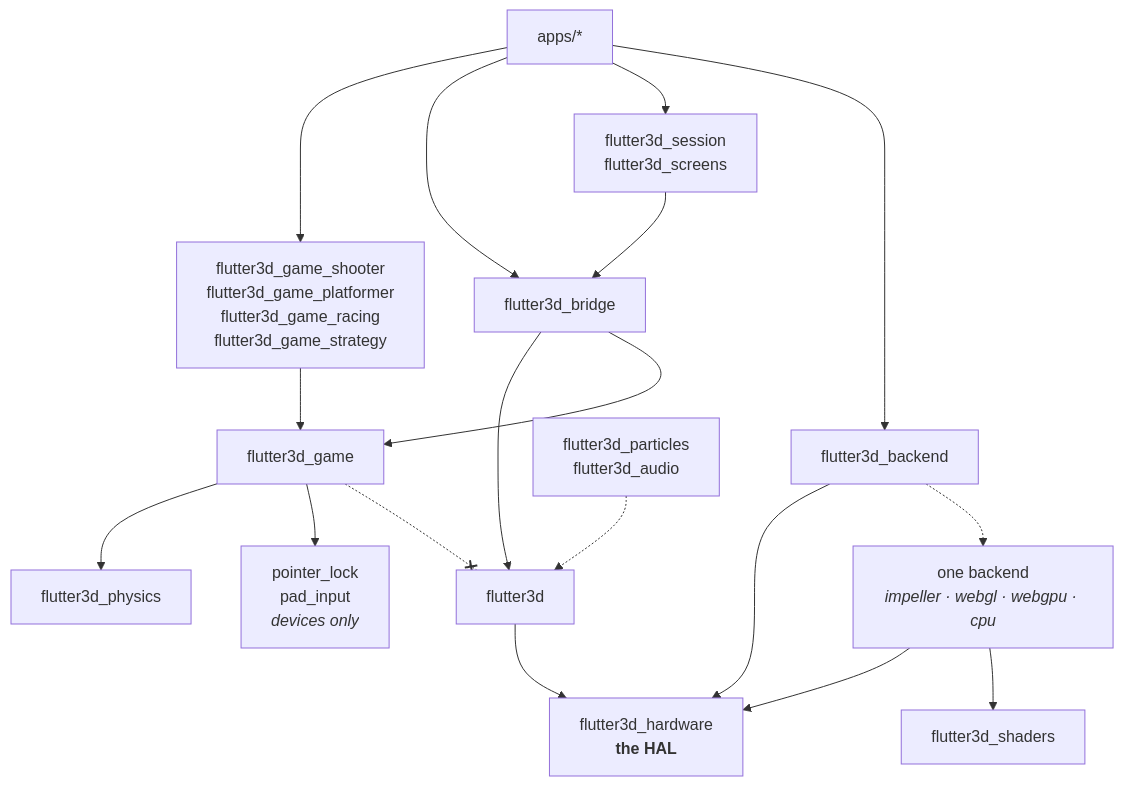
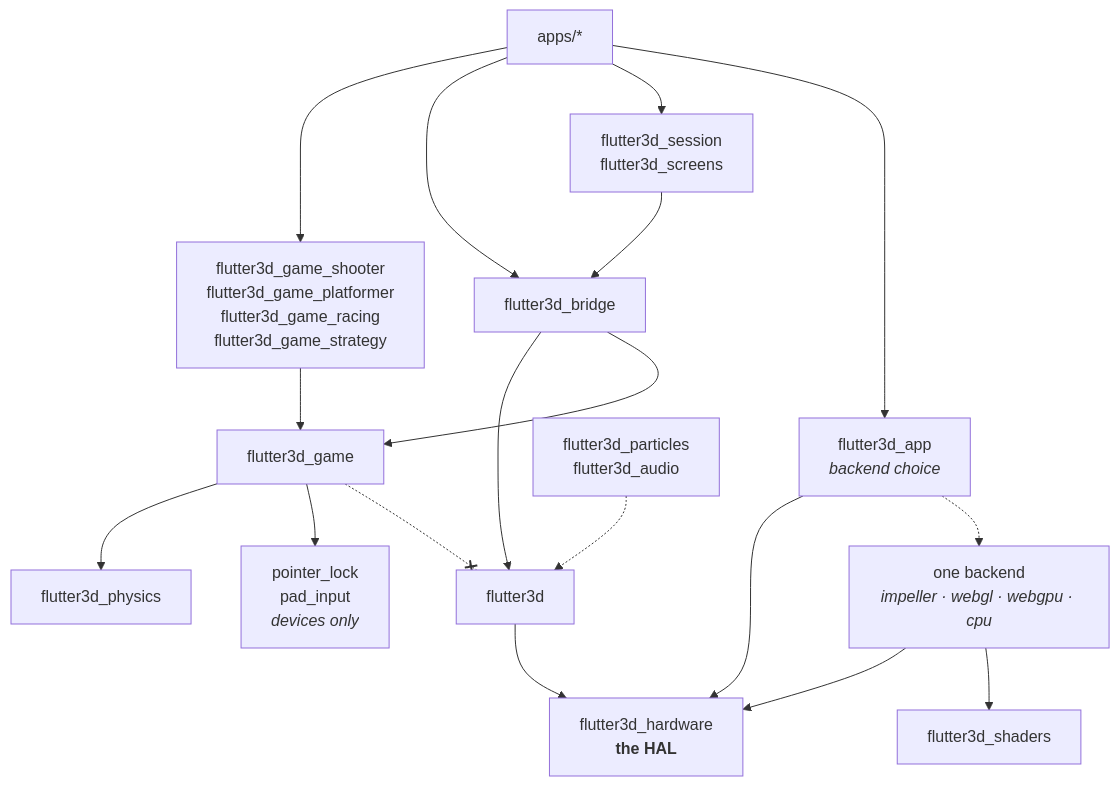
The diagram in site/content/reference/packages.md (pleiondev/flutter3d), drawn with Mermaid before and after one commit. The commit also changed other lines of this file and 45 other files, not shown here.

````diff
--- a/site/content/reference/packages.md
+++ b/site/content/reference/packages.md
@@ -297,22 +298,22 @@
 ```mermaid
 flowchart TB
   apps["apps/*"] --> genres["flutter3d_game_shooter<br>flutter3d_game_platformer<br>flutter3d_game_racing<br>flutter3d_game_strategy"]
   apps --> bridge["flutter3d_bridge"]
   apps --> session["flutter3d_session<br>flutter3d_screens"]
-  apps --> picker["flutter3d_backend"]
+  apps --> picker["flutter3d_app<br><i>backend choice</i>"]
   picker --> gfx["flutter3d_hardware<br><b>the HAL</b>"]
   picker -.-> onebackend["one backend<br><i>impeller · webgl · webgpu · cpu</i>"]
   session --> bridge
   genres --> game["flutter3d_game"]
   bridge --> engine["flutter3d"]
   bridge --> game
   game --> physics["flutter3d_physics"]
   engine --> gfx
   onebackend --> gfx
   onebackend --> shaders["flutter3d_shaders"]
   extras["flutter3d_particles<br>flutter3d_audio"] -.-> engine
   game --> devices["pointer_lock<br>pad_input<br><i>devices only</i>"]
 
   classDef forbidden stroke-dasharray: 4 3
   game -.-x engine
 ```
````
